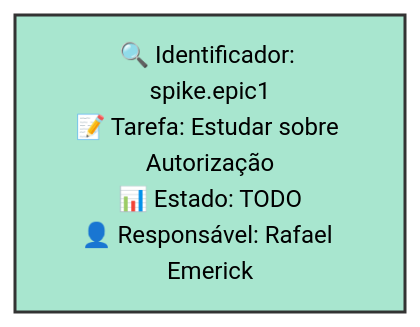
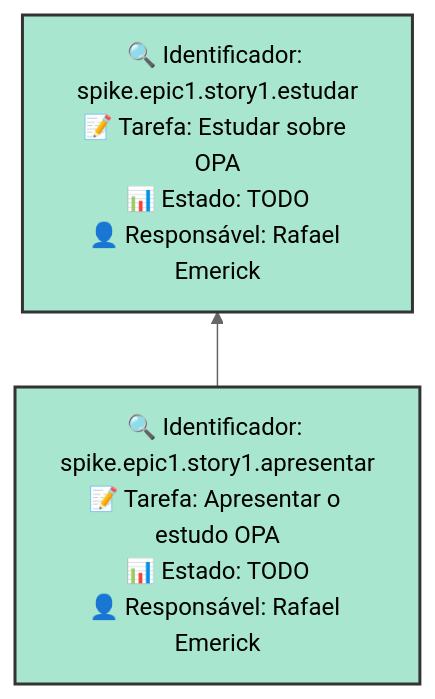
Before and after one commit to the-made-project/leds-tools-made-gestao: the diagram in example/sprints/estudo.md, drawn with Mermaid (neutral theme). The commit also changed other lines of this file and 8 other files, not shown here.

````diff
--- a/example/sprints/estudo.md
+++ b/example/sprints/estudo.md
@@ -22,7 +23,9 @@
 ```mermaid
 graph BT
     classDef sprint fill:#a8e6cf,stroke:#333,stroke-width:2px;
     classDef done fill:#98fb98,stroke:#333,stroke-width:2px;
     classDef external fill:#ffd3b6,stroke:#333,stroke-width:1px;
-    spike.epic1["🔍 Identificador: spike.epic1<br>📝 Tarefa: Estudar sobre Autorização<br>📊 Estado: TODO<br>👤 Responsável: Rafael Emerick"]:::sprint
+    spike.epic1.story1.estudar["🔍 Identificador: spike.epic1.story1.estudar<br>📝 Tarefa: Estudar sobre OPA<br>📊 Estado: TODO<br>👤 Responsável: Rafael Emerick"]:::sprint
+    spike.epic1.story1.apresentar["🔍 Identificador: spike.epic1.story1.apresentar<br>📝 Tarefa: Apresentar o estudo OPA<br>📊 Estado: TODO<br>👤 Responsável: Rafael Emerick"]:::sprint
+    spike.epic1.story1.apresentar --> spike.epic1.story1.estudar
 ```
````
